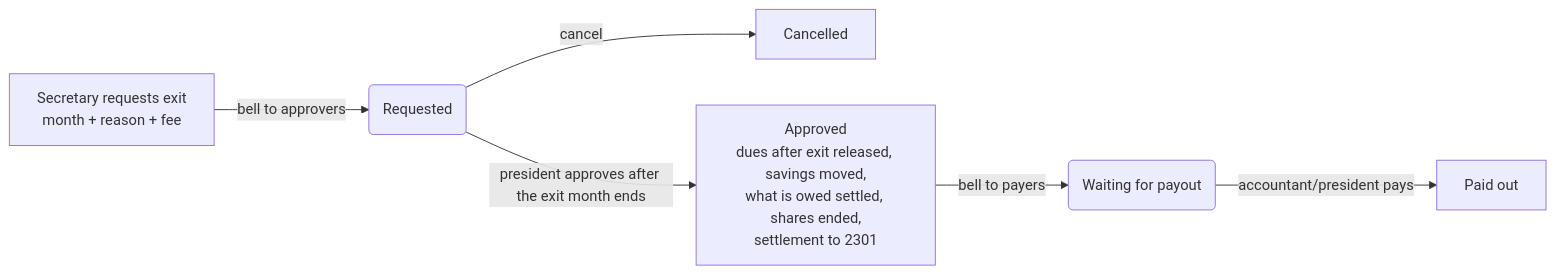
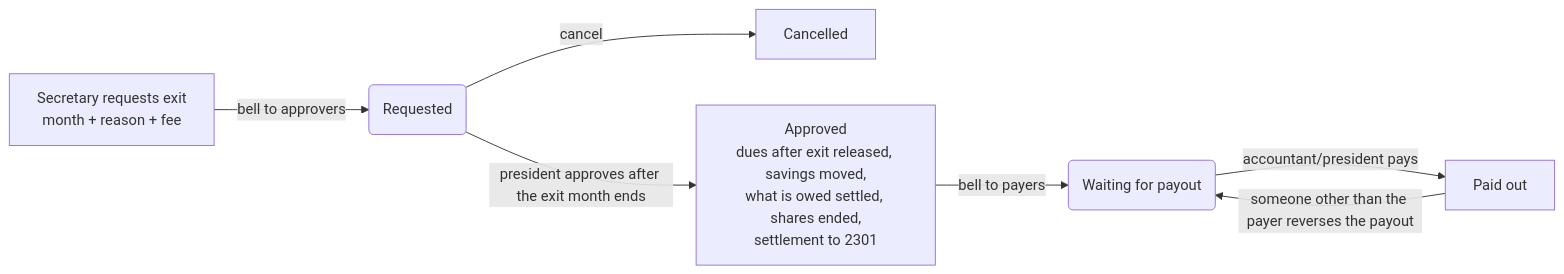
One commit to Frabbi727/somobay-somiti changed the seventh of 8 diagrams in docs/approval-workflows.md. Above: the diagram before and after it, drawn with Mermaid. The commit also changed other lines of this file and 23 other files, not shown here.

````diff
--- a/docs/approval-workflows.md
+++ b/docs/approval-workflows.md
@@ -133,8 +133,9 @@
 ```mermaid
 flowchart LR
     R[Secretary requests exit<br/>month + reason + fee] -->|bell to approvers| P(Requested)
     P -->|cancel| C[Cancelled]
     P -->|president approves after the exit month ends| A[Approved<br/>dues after exit released, savings moved,<br/>what is owed settled, shares ended,<br/>settlement to 2301]
     A -->|bell to payers| W(Waiting for payout)
     W -->|accountant/president pays| PD[Paid out]
+    PD -->|someone other than the payer reverses the payout| W
 ```
````
